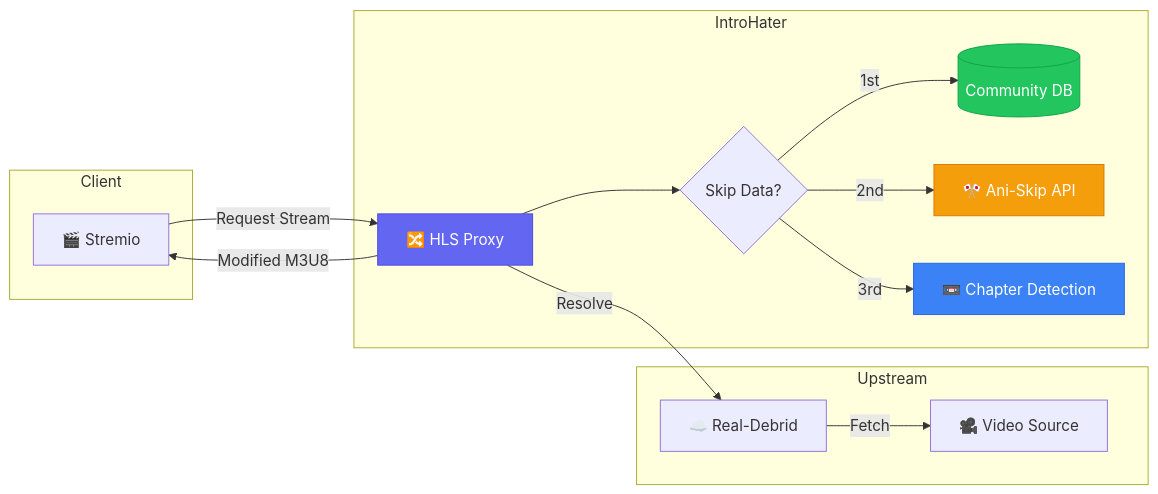
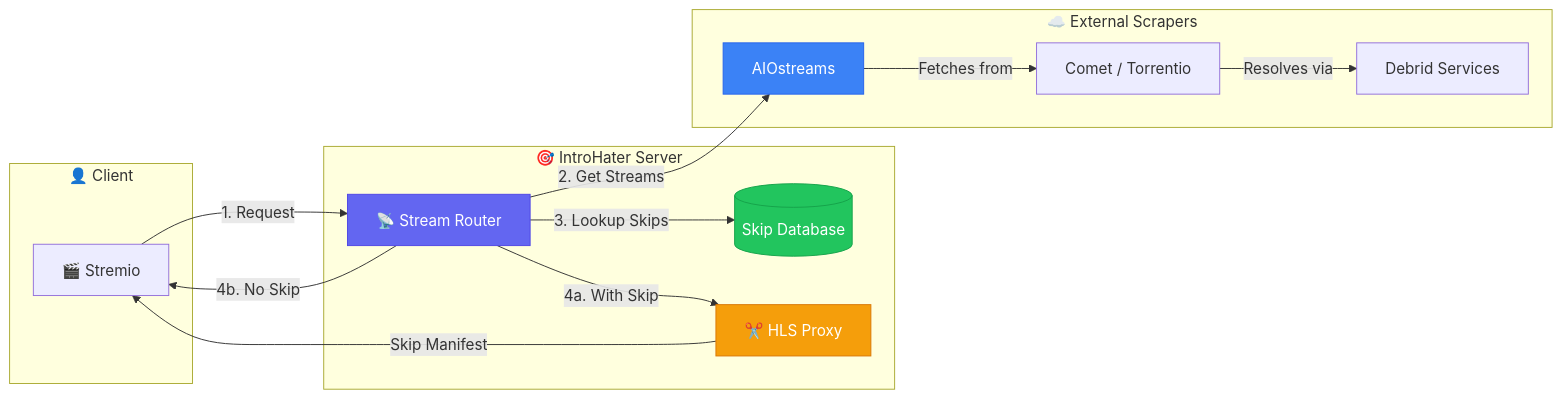
Before and after one commit to introhaterapp/IntroHater: the diagram in README.md, drawn with Mermaid. The commit also changed other lines of this file, not shown here.

Commit message:
docs: update README with AIOstreams architecture and multi-debrid support

````diff
--- a/README.md
+++ b/README.md
@@ -153,28 +153,32 @@
 ```mermaid
 flowchart LR
-    subgraph Client
+    subgraph Client["👤 Client"]
         A[🎬 Stremio]
     end
     
-    subgraph IntroHater
-        B[🔀 HLS Proxy] --> C{Skip Data?}
-        C -->|1st| D[(Community DB)]
-        C -->|2nd| E[🎌 Ani-Skip API]
-        C -->|3rd| F[📼 Chapter Detection]
+    subgraph IntroHater["🎯 IntroHater Server"]
+        B[📡 Stream Router]
+        C[(Skip Database)]
+        D[✂️ HLS Proxy]
     end
     
-    subgraph Upstream
-        G[☁️ Real-Debrid]
-        H[🎥 Video Source]
+    subgraph External["☁️ External Scrapers"]
+        E[AIOstreams]
+        F[Comet / Torrentio]
+        G[Debrid Services]
     end
     
-    A -->|Request Stream| B
-    B -->|Resolve| G
-    G -->|Fetch| H
-    B -->|Modified M3U8| A
+    A -->|1. Request| B
+    B -->|2. Get Streams| E
+    E -->|Fetches from| F
+    F -->|Resolves via| G
+    B -->|3. Lookup Skips| C
+    B -->|4a. With Skip| D
+    D -->|Skip Manifest| A
+    B -->|4b. No Skip| A
     
     style B fill:#6366f1,stroke:#4f46e5,color:#fff
-    style D fill:#22c55e,stroke:#16a34a,color:#fff
-    style E fill:#f59e0b,stroke:#d97706,color:#fff
-    style F fill:#3b82f6,stroke:#2563eb,color:#fff
+    style C fill:#22c55e,stroke:#16a34a,color:#fff
+    style D fill:#f59e0b,stroke:#d97706,color:#fff
+    style E fill:#3b82f6,stroke:#2563eb,color:#fff
 ```
````
